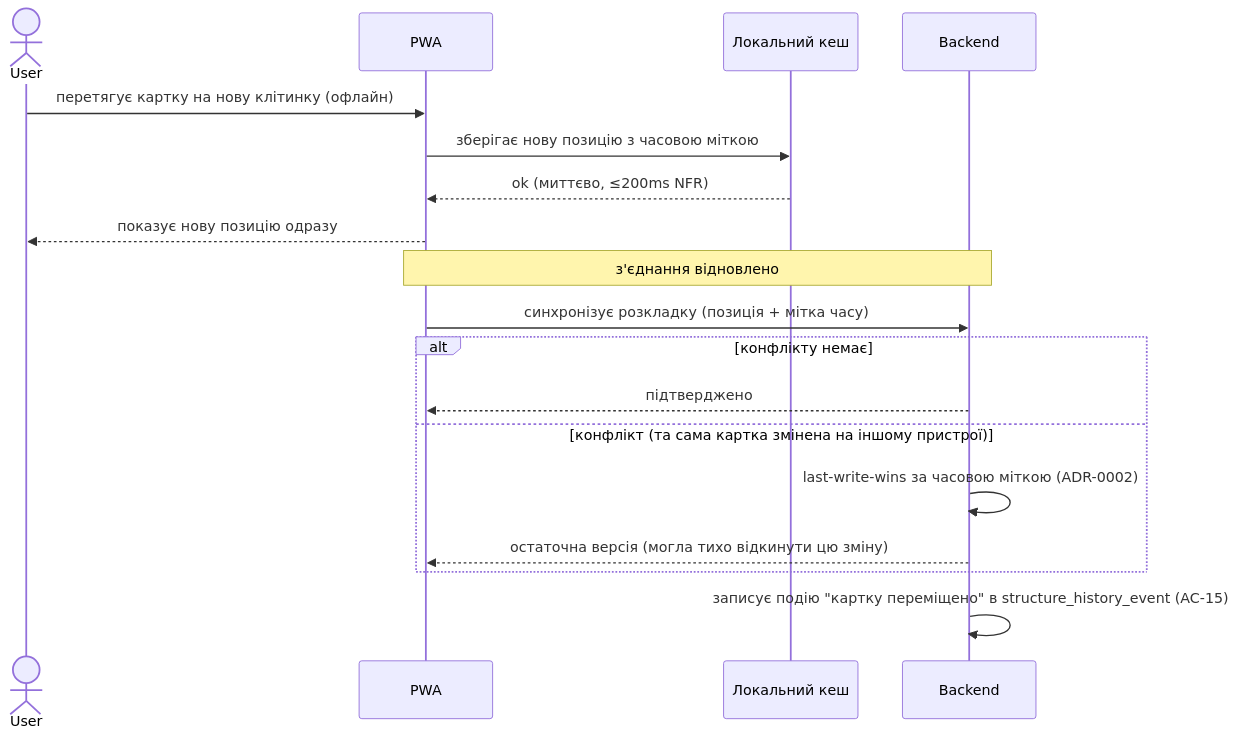
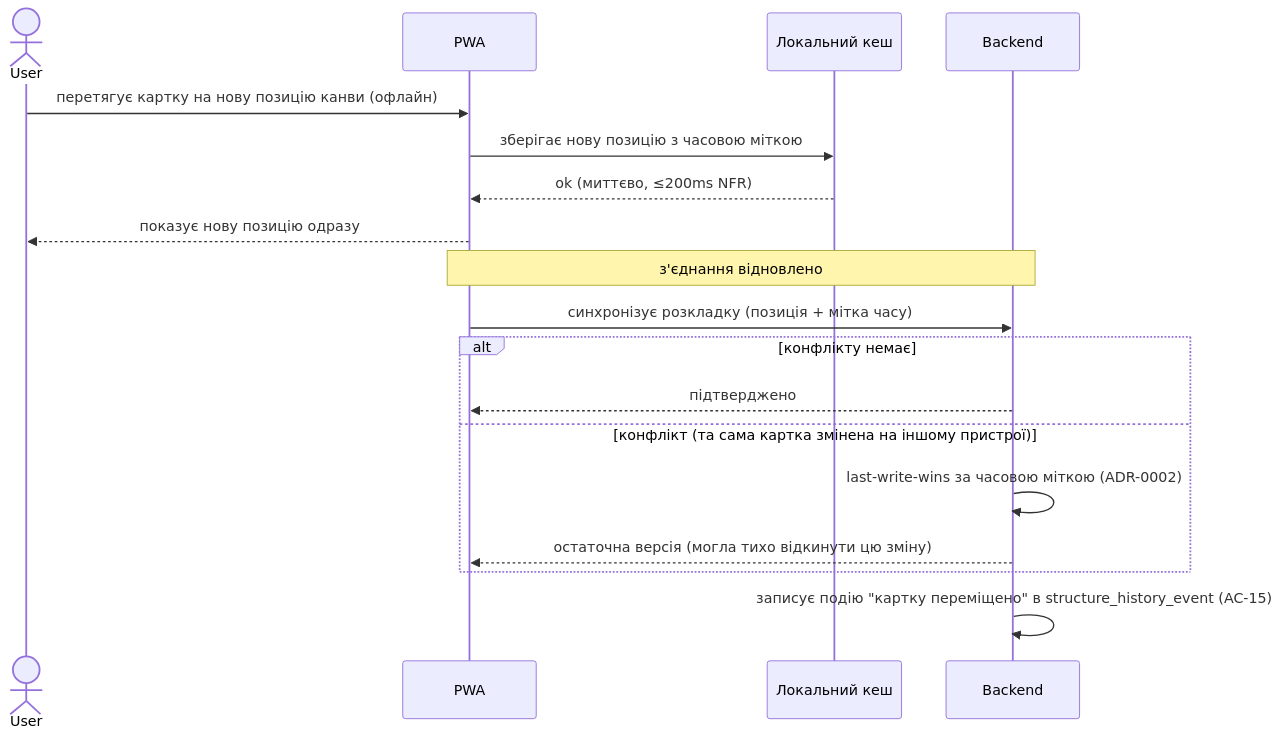
The fourth of 11 diagrams in docs/features/structure/sad.md (danyllukandrey-cloud/claude-workspace), drawn with Mermaid before and after one commit. The commit also changed other lines of this file and 9 other files, not shown here.

````diff
--- a/docs/features/structure/sad.md
+++ b/docs/features/structure/sad.md
@@ -169,22 +169,22 @@
 ```mermaid
 sequenceDiagram
     actor User
     participant PWA
     participant Cache as Локальний кеш
     participant Backend
 
-    User->>PWA: перетягує картку на нову клітинку (офлайн)
+    User->>PWA: перетягує картку на нову позицію канви (офлайн)
     PWA->>Cache: зберігає нову позицію з часовою міткою
     Cache-->>PWA: ok (миттєво, ≤200ms NFR)
     PWA-->>User: показує нову позицію одразу
 
     Note over PWA,Backend: з'єднання відновлено
     PWA->>Backend: синхронізує розкладку (позиція + мітка часу)
     alt конфлікту немає
         Backend-->>PWA: підтверджено
     else конфлікт (та сама картка змінена на іншому пристрої)
         Backend->>Backend: last-write-wins за часовою міткою (ADR-0002)
         Backend-->>PWA: остаточна версія (могла тихо відкинути цю зміну)
     end
     Backend->>Backend: записує подію "картку переміщено" в structure_history_event (AC-15)
 ```
````
